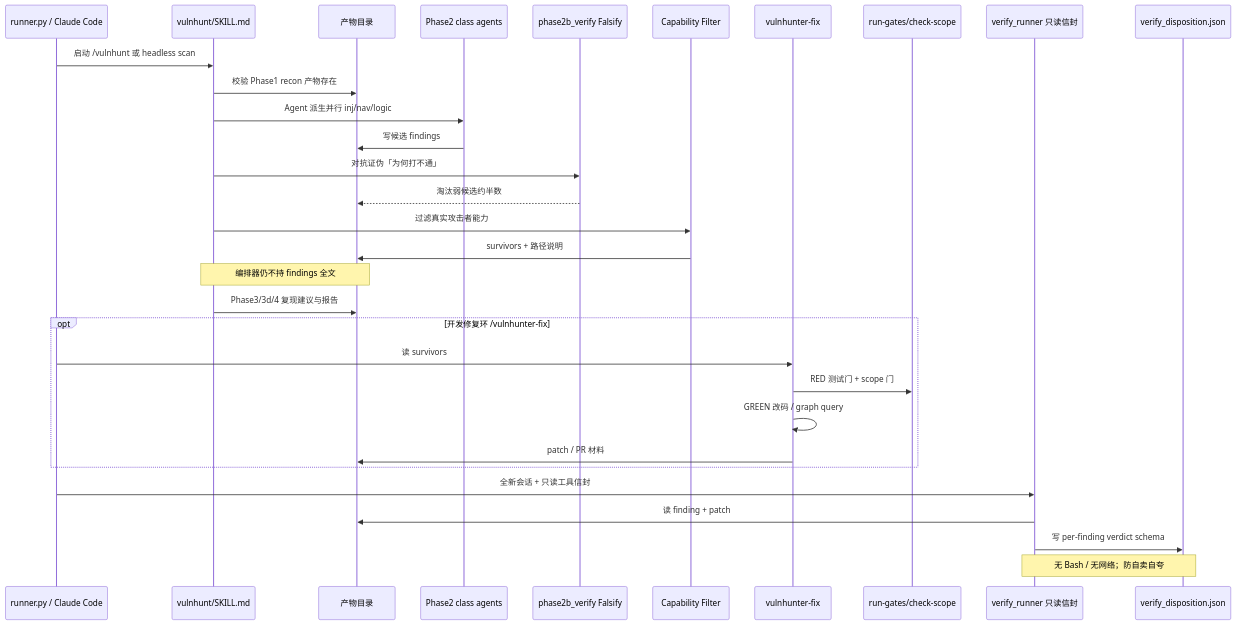
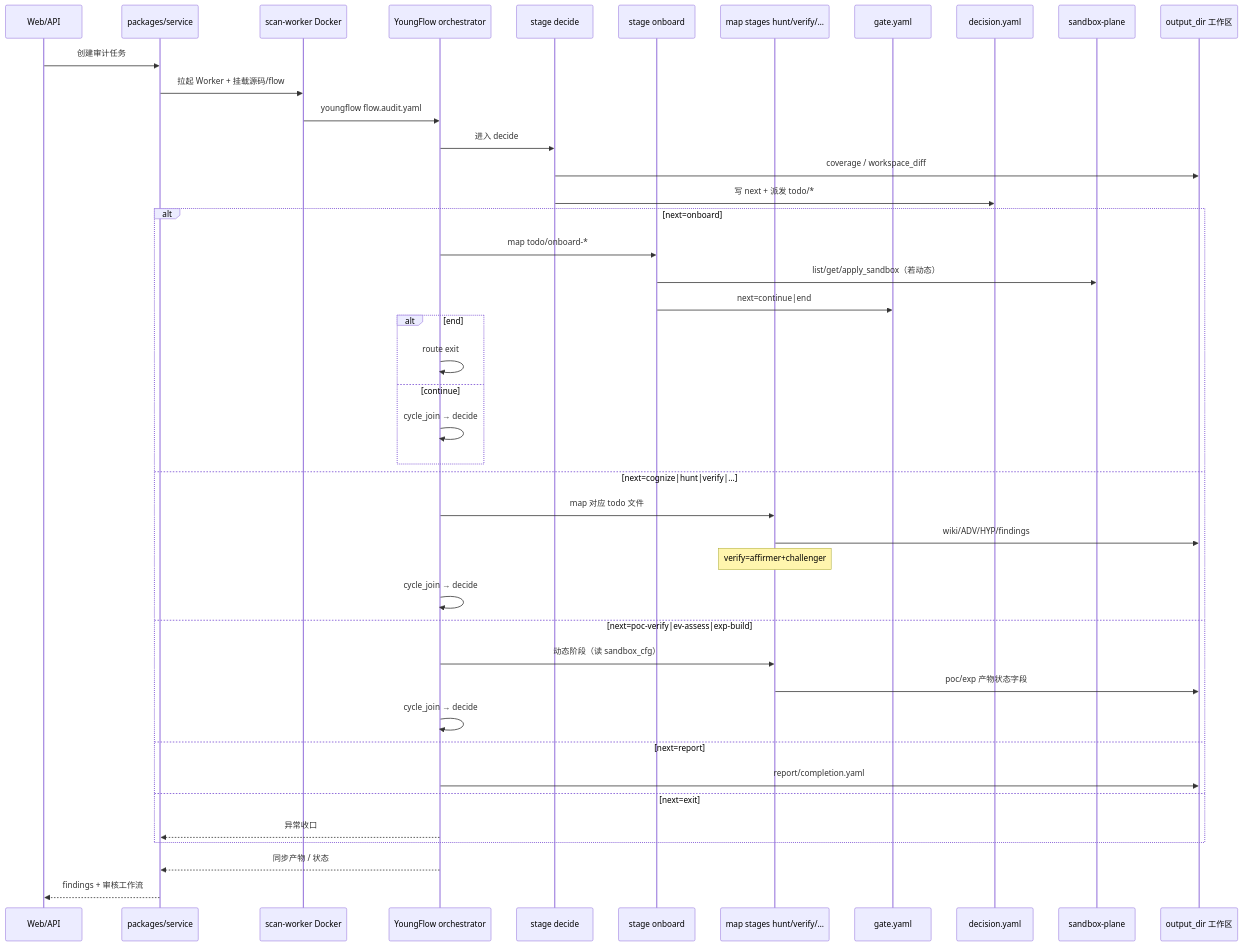
The diagram in diagrams/vulnhunter/code-sequence-mermaid.md (hgmgjugjygjy/agent-research), drawn with Mermaid before and after one commit. The commit also changed other lines of this file and 23 other files, not shown here.

````diff
--- a/diagrams/vulnhunter/code-sequence-mermaid.md
+++ b/diagrams/vulnhunter/code-sequence-mermaid.md
@@ -5,36 +5,46 @@
 ```mermaid
 sequenceDiagram
-  participant CLI as runner.py / Claude Code
-  participant Orch as vulnhunt/SKILL.md
-  participant FS as 产物目录
-  participant Hunt as Phase2 class agents
-  participant Fal as phase2b_verify Falsify
-  participant Cap as Capability Filter
-  participant Fix as vulnhunter-fix
-  participant Gates as run-gates/check-scope
-  participant Ver as verify_runner 只读信封
-  participant Disp as verify_disposition.json
+  participant UI as Web/API
+  participant Svc as packages/service
+  participant W as scan-worker Docker
+  participant YF as YoungFlow orchestrator
+  participant Dec as stage decide
+  participant On as stage onboard
+  participant Ex as map stages hunt/verify/…
+  participant Gate as gate.yaml
+  participant DecY as decision.yaml
+  participant SB as sandbox-plane
+  participant FS as output_dir 工作区
 
-  CLI->>Orch: 启动 /vulnhunt 或 headless scan
-  Orch->>FS: 校验 Phase1 recon 产物存在
-  Orch->>Hunt: Agent 派生并行 inj/nav/logic
-  Hunt->>FS: 写候选 findings
-  Orch->>Fal: 对抗证伪「为何打不通」
-  Fal-->>FS: 淘汰弱候选约半数
-  Orch->>Cap: 过滤真实攻击者能力
-  Cap->>FS: survivors + 路径说明
-  Note over Orch,FS: 编排器仍不持 findings 全文
-  Orch->>FS: Phase3/3d/4 复现建议与报告
-
-  opt 开发修复环 /vulnhunter-fix
-    CLI->>Fix: 读 survivors
-    Fix->>Gates: RED 测试门 + scope 门
-    Fix->>Fix: GREEN 改码 / graph query
-    Fix->>FS: patch / PR 材料
+  UI->>Svc: 创建审计任务
+  Svc->>W: 拉起 Worker + 挂载源码/flow
+  W->>YF: youngflow flow.audit.yaml
+  YF->>Dec: 进入 decide
+  Dec->>FS: coverage / workspace_diff
+  Dec->>DecY: 写 next + 派发 todo/*
+  alt next=onboard
+    YF->>On: map todo/onboard-*
+    On->>SB: list/get/apply_sandbox（若动态）
+    On->>Gate: next=continue|end
+    alt end
+      YF->>YF: route exit
+    else continue
+      YF->>YF: cycle_join → decide
+    end
+  else next=cognize|hunt|verify|…
+    YF->>Ex: map 对应 todo 文件
+    Ex->>FS: wiki/ADV/HYP/findings
+    Note over Ex: verify=affirmer+challenger
+    YF->>YF: cycle_join → decide
+  else next=poc-verify|ev-assess|exp-build
+    YF->>Ex: 动态阶段（读 sandbox_cfg）
+    Ex->>FS: poc/exp 产物状态字段
+    YF->>YF: cycle_join → decide
+  else next=report
+    YF->>FS: report/completion.yaml
+  else next=exit
+    YF-->>Svc: 异常收口
   end
-
-  CLI->>Ver: 全新会话 + 只读工具信封
-  Ver->>FS: 读 finding + patch
-  Ver->>Disp: 写 per-finding verdict schema
-  Note over Ver,Disp: 无 Bash / 无网络；防自卖自夸
+  YF-->>Svc: 同步产物 / 状态
+  Svc-->>UI: findings + 审核工作流
 ```
````
